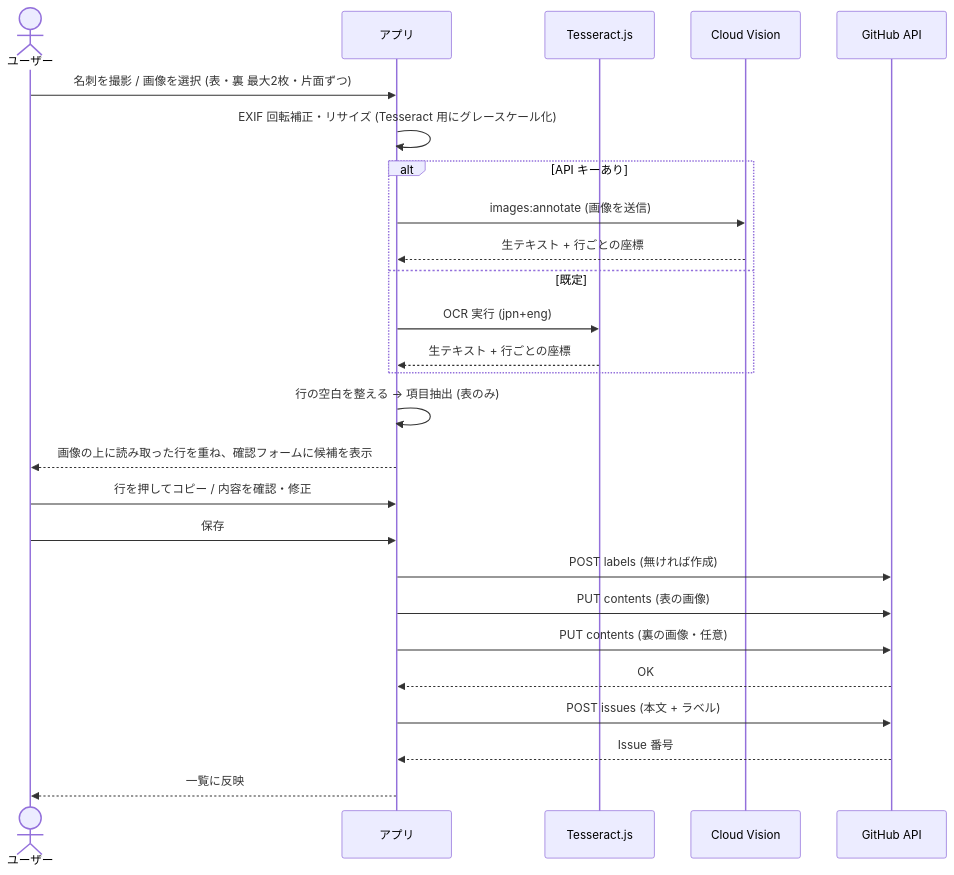
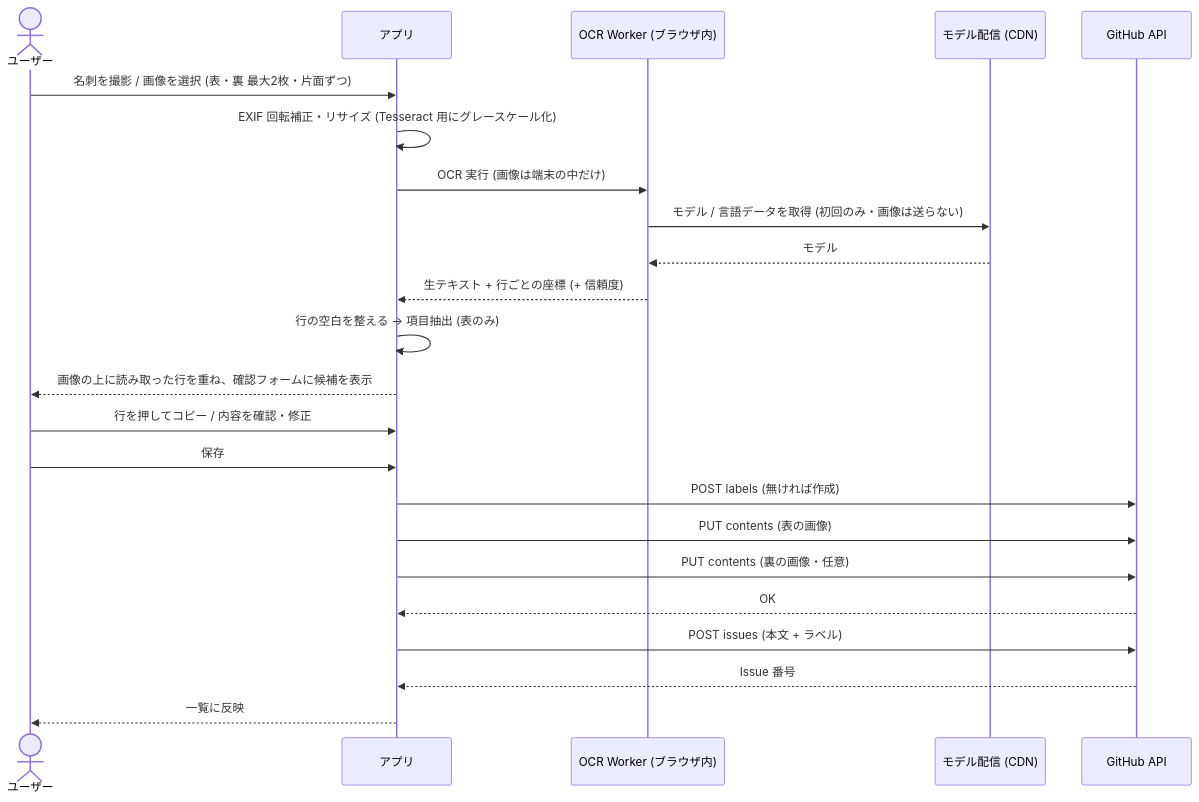
The second of 2 diagrams in docs/architecture.md (ry32767/NameCardRecorder), drawn with Mermaid before and after one commit. The commit also changed other lines of this file and 27 other files, not shown here.

First line of the commit message:
OCR を PaddleOCR に入れ替え、Cloud Vision をやめる

````diff
--- a/docs/architecture.md
+++ b/docs/architecture.md
@@ -211,28 +215,25 @@
 ```mermaid
 sequenceDiagram
     actor U as ユーザー
     participant A as アプリ
-    participant T as Tesseract.js
-    participant V as Cloud Vision
+    participant W as OCR Worker (ブラウザ内)
+    participant M as モデル配信 (CDN)
     participant G as GitHub API
     U->>A: 名刺を撮影 / 画像を選択 (表・裏 最大2枚・片面ずつ)
     A->>A: EXIF 回転補正・リサイズ (Tesseract 用にグレースケール化)
-    alt API キーあり
-        A->>V: images:annotate (画像を送信)
-        V-->>A: 生テキスト + 行ごとの座標
-    else 既定
-        A->>T: OCR 実行 (jpn+eng)
-        T-->>A: 生テキスト + 行ごとの座標
-    end
+    A->>W: OCR 実行 (画像は端末の中だけ)
+    W->>M: モデル / 言語データを取得 (初回のみ・画像は送らない)
+    M-->>W: モデル
+    W-->>A: 生テキスト + 行ごとの座標 (+ 信頼度)
     A->>A: 行の空白を整える → 項目抽出 (表のみ)
     A-->>U: 画像の上に読み取った行を重ね、確認フォームに候補を表示
     U->>A: 行を押してコピー / 内容を確認・修正
     U->>A: 保存
     A->>G: POST labels (無ければ作成)
     A->>G: PUT contents (表の画像)
     A->>G: PUT contents (裏の画像・任意)
     G-->>A: OK
     A->>G: POST issues (本文 + ラベル)
     G-->>A: Issue 番号
     A-->>U: 一覧に反映
 ```
````
